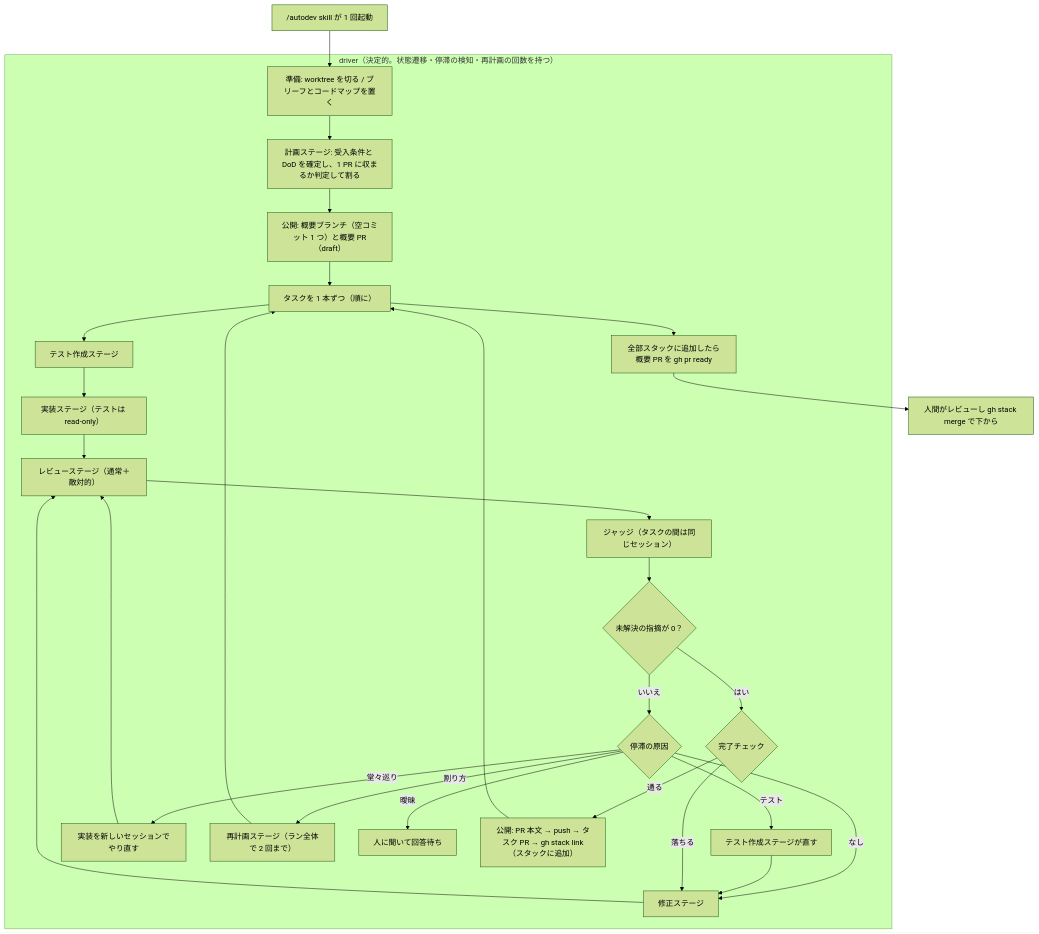
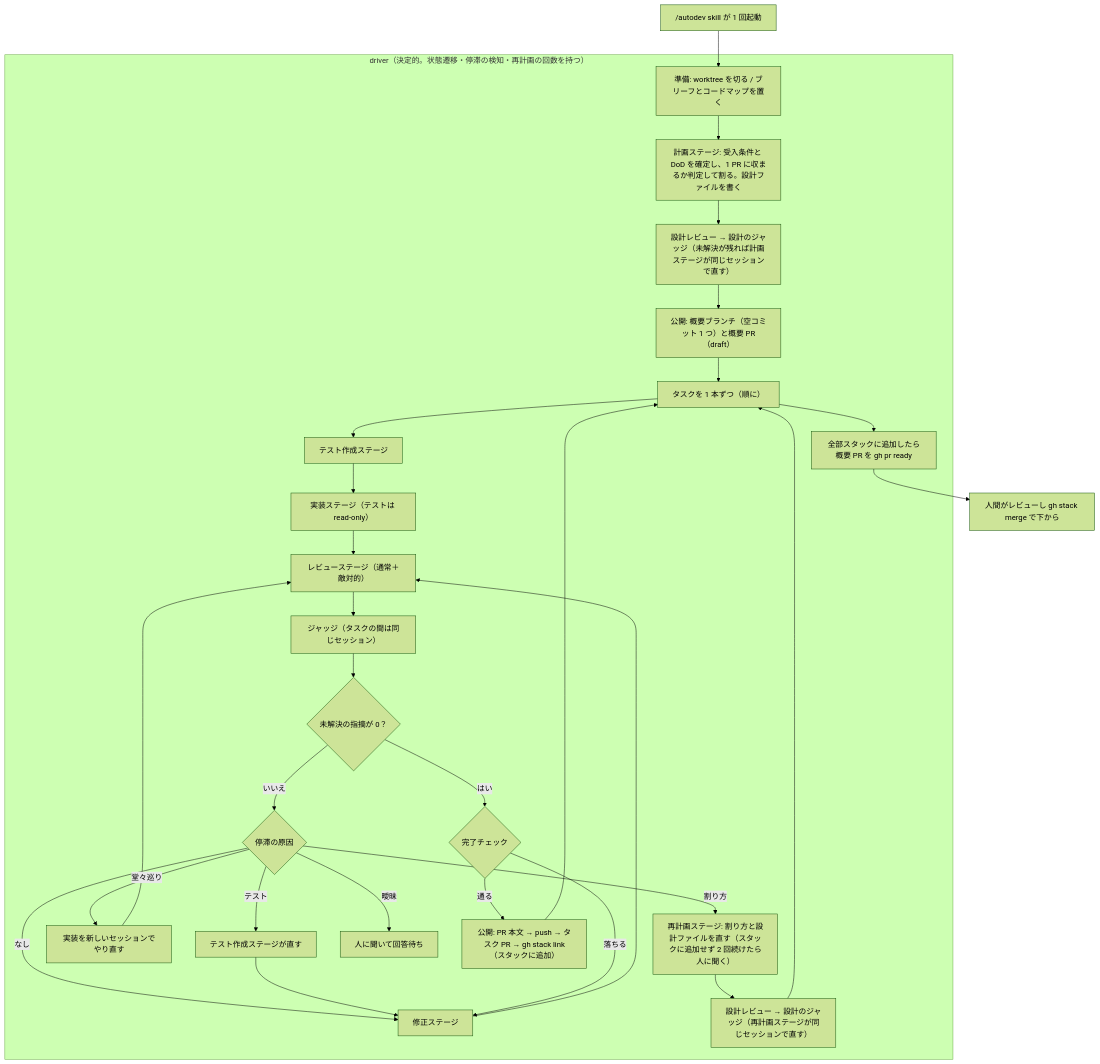
Before and after one commit to Luna-rab/dotfiles: the diagram in dist/dot-claude/skills/autodev/DESIGN.md, drawn with Mermaid (forest theme). The commit also changed other lines of this file and 57 other files, not shown here.

````diff
--- a/dist/dot-claude/skills/autodev/DESIGN.md
+++ b/dist/dot-claude/skills/autodev/DESIGN.md
@@ -74,25 +78,27 @@
 ```mermaid
 flowchart TD
     start["/autodev skill が 1 回起動"] --> pre
     subgraph driver["driver（決定的。状態遷移・停滞の検知・再計画の回数を持つ）"]
         pre["準備: worktree を切る / ブリーフとコードマップを置く"] --> plan
-        plan["計画ステージ: 受入条件と DoD を確定し、1 PR に収まるか判定して割る"] --> base
+        plan["計画ステージ: 受入条件と DoD を確定し、1 PR に収まるか判定して割る。設計ファイルを書く"] --> dr
+        dr["設計レビュー → 設計のジャッジ（未解決が残れば計画ステージが同じセッションで直す）"] --> base
         base["公開: 概要ブランチ（空コミット 1 つ）と概要 PR（draft）"] --> loop
         loop["タスクを 1 本ずつ（順に）"] --> tg
         tg["テスト作成ステージ"] --> impl
         impl["実装ステージ（テストは read-only）"] --> rv
         rv["レビューステージ（通常＋敵対的）"] --> jd
         jd["ジャッジ（タスクの間は同じセッション）"] --> decide{"未解決の指摘が 0？"}
         decide -->|いいえ| route{"停滞の原因"}
         route -->|なし| fix["修正ステージ"] --> rv
         route -->|テスト| tg2["テスト作成ステージが直す"] --> fix
         route -->|堂々巡り| redo["実装を新しいセッションでやり直す"] --> rv
-        route -->|割り方| replan["再計画ステージ（ラン全体で 2 回まで）"] --> loop
+        route -->|割り方| replan["再計画ステージ: 割り方と設計ファイルを直す（スタックに追加せず 2 回続けたら人に聞く）"] --> dr2
+        dr2["設計レビュー → 設計のジャッジ（再計画ステージが同じセッションで直す）"] --> loop
         route -->|曖昧| ask["人に聞いて回答待ち"]
         decide -->|はい| gateq{"完了チェック"}
         gateq -->|通る| post["公開: PR 本文 → push → タスク PR → gh stack link（スタックに追加）"] --> loop
         gateq -->|落ちる| fix
         loop --> done["全部スタックに追加したら概要 PR を gh pr ready"]
     end
     done --> human["人間がレビューし gh stack merge で下から"]
 ```
````
